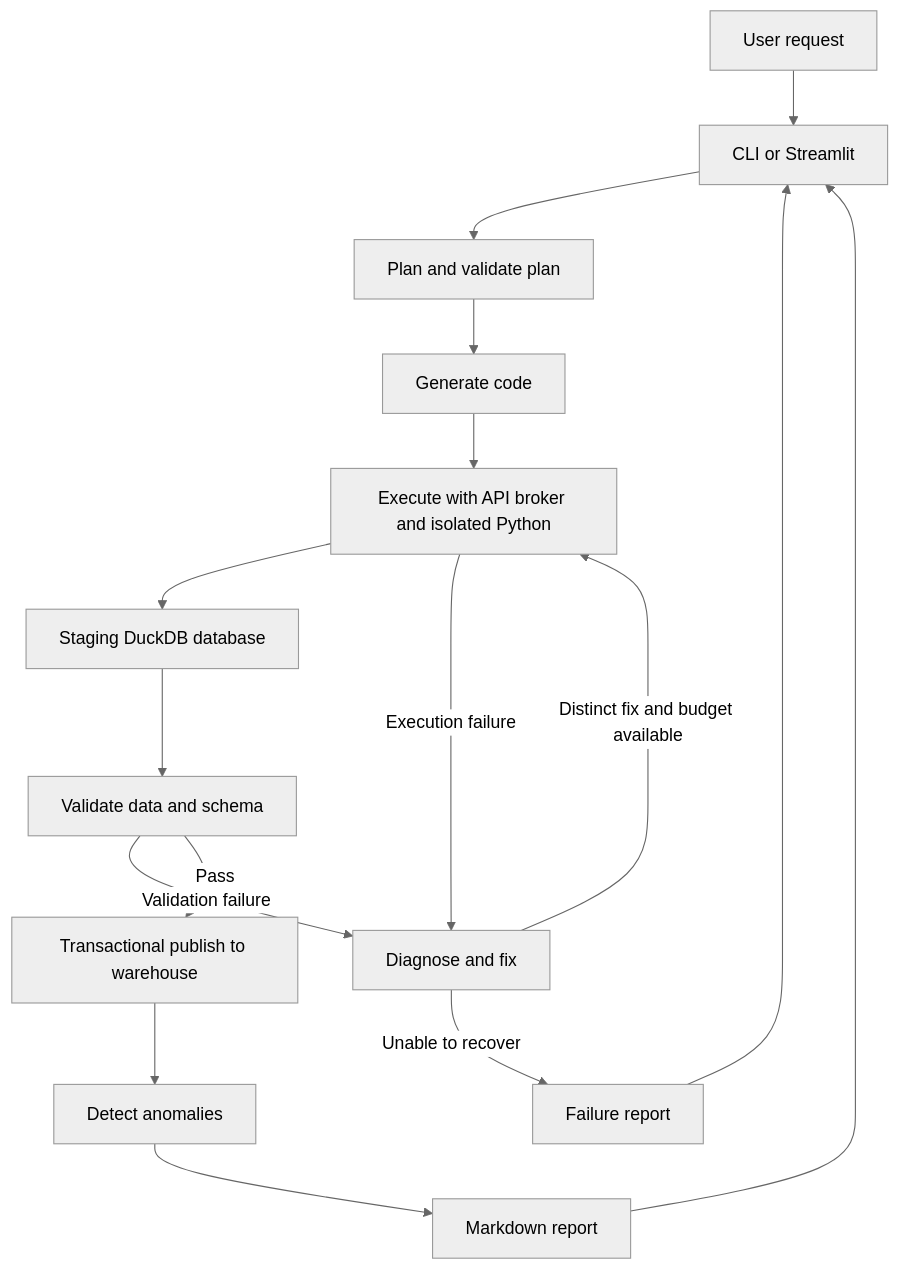
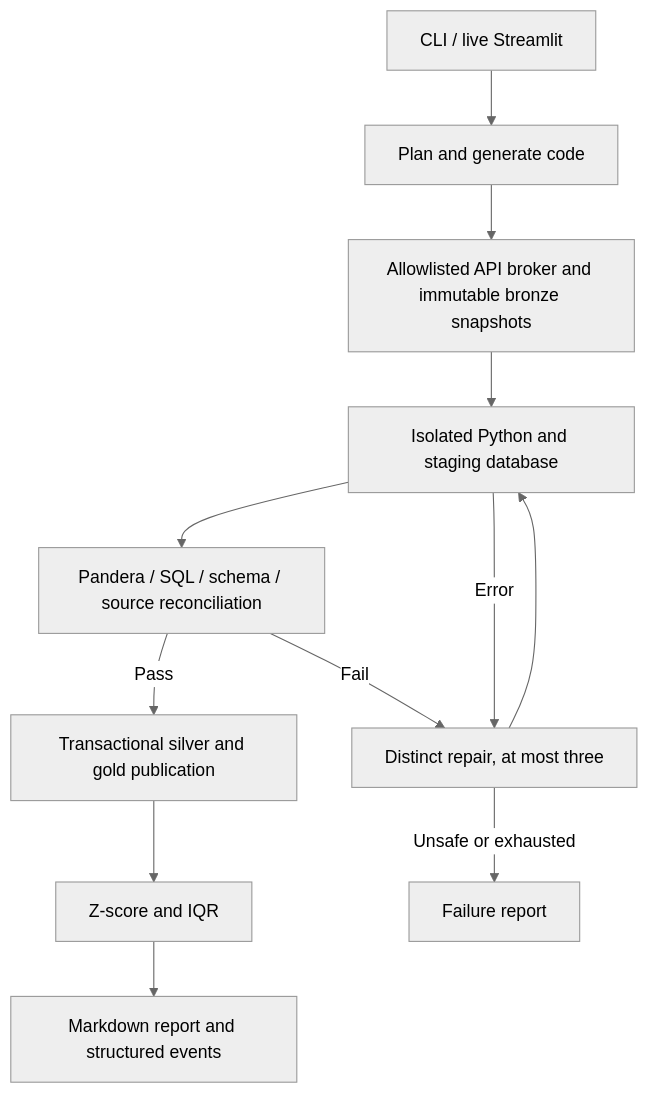
Before and after one commit to abhisheksd27/Flowpilot: the diagram in agent-de/README.md, drawn with Mermaid (neutral theme). The commit also changed other lines of this file and 50 other files, not shown here.

````diff
--- a/agent-de/README.md
+++ b/agent-de/README.md
@@ -19,18 +22,14 @@
 ```mermaid
 flowchart TD
-    U[User request] --> I[CLI or Streamlit]
-    I --> P[Plan and validate plan]
-    P --> C[Generate code]
-    C --> E[Execute with API broker and isolated Python]
-    E --> S[Staging DuckDB database]
-    S --> V[Validate data and schema]
-    E -->|Execution failure| F[Diagnose and fix]
-    V -->|Validation failure| F
-    F -->|Distinct fix and budget available| E
-    F -->|Unable to recover| R[Failure report]
-    V -->|Pass| W[Transactional publish to warehouse]
-    W --> A[Detect anomalies]
-    A --> M[Markdown report]
-    M --> I
-    R --> I
+    UI[CLI / live Streamlit] --> PLAN[Plan and generate code]
+    PLAN --> BROKER[Allowlisted API broker and immutable bronze snapshots]
+    BROKER --> WORKER[Isolated Python and staging database]
+    WORKER --> CHECK[Pandera / SQL / schema / source reconciliation]
+    CHECK -->|Pass| LOAD[Transactional silver and gold publication]
+    CHECK -->|Fail| FIX[Distinct repair, at most three]
+    WORKER -->|Error| FIX
+    FIX --> WORKER
+    FIX -->|Unsafe or exhausted| FAIL[Failure report]
+    LOAD --> STATS[Z-score and IQR]
+    STATS --> REPORT[Markdown report and structured events]
 ```
````
